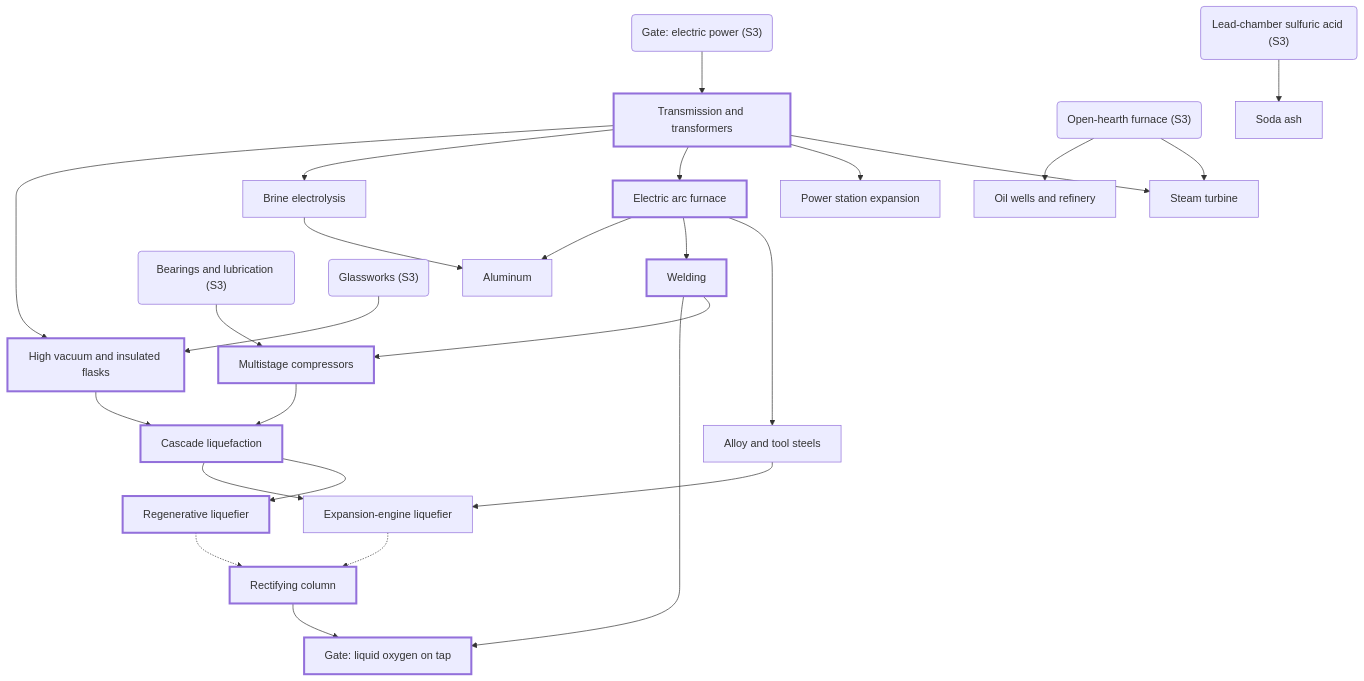
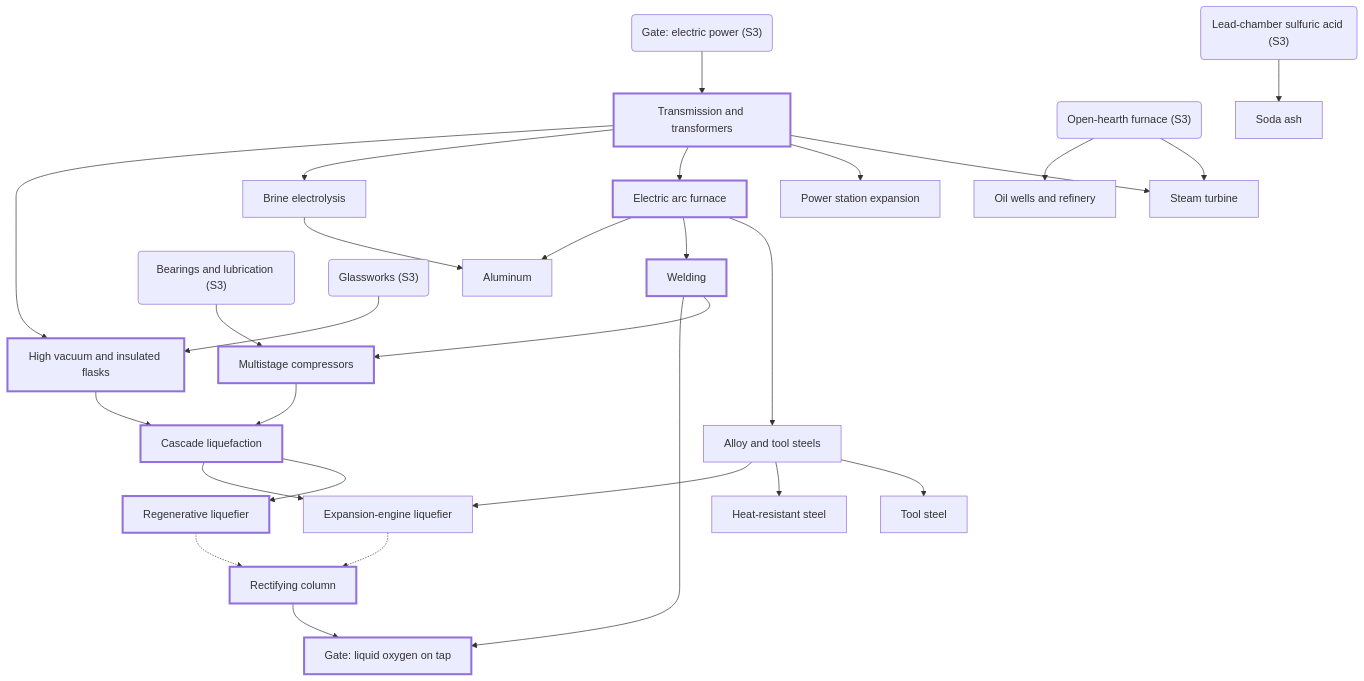
Before and after one commit to joethechickenguy/repo_for_claude: the fourth of 6 diagrams in tech-tree/generated/dependencies.md, drawn with Mermaid. The commit also changed other lines of this file and 5 other files, not shown here.

````diff
--- a/tech-tree/generated/dependencies.md
+++ b/tech-tree/generated/dependencies.md
@@ -367,52 +375,56 @@
 ```mermaid
 flowchart TD
   distribution_grid["Transmission and transformers"]
   gate_generator --> distribution_grid
   steam_turbine["Steam turbine"]
   distribution_grid --> steam_turbine
   open_hearth --> steam_turbine
   power_station_expansion["Power station expansion"]
   distribution_grid --> power_station_expansion
   arc_furnace["Electric arc furnace"]
   distribution_grid --> arc_furnace
   alloy_steels["Alloy and tool steels"]
   arc_furnace --> alloy_steels
+  tool_steel["Tool steel"]
+  alloy_steels --> tool_steel
+  heat_resistant_steel["Heat-resistant steel"]
+  alloy_steels --> heat_resistant_steel
   welding["Welding"]
   arc_furnace --> welding
   soda_ash["Soda ash"]
   sulfuric_acid --> soda_ash
   chlor_alkali["Brine electrolysis"]
   distribution_grid --> chlor_alkali
   compressors["Multistage compressors"]
   welding --> compressors
   bearings_lubrication --> compressors
   vacuum_and_dewar["High vacuum and insulated flasks"]
   glassworks --> vacuum_and_dewar
   distribution_grid --> vacuum_and_dewar
   cascade_liquefier["Cascade liquefaction"]
   compressors --> cascade_liquefier
   vacuum_and_dewar --> cascade_liquefier
   linde_liquefier["Regenerative liquefier"]
   cascade_liquefier --> linde_liquefier
   claude_expander["Expansion-engine liquefier"]
   cascade_liquefier --> claude_expander
   alloy_steels --> claude_expander
   air_separation["Rectifying column"]
   linde_liquefier -.-> air_separation
   claude_expander -.-> air_separation
   aluminum["Aluminum"]
   chlor_alkali --> aluminum
   arc_furnace --> aluminum
   oil["Oil wells and refinery"]
   open_hearth --> oil
   gate_liquid_oxygen["Gate: liquid oxygen on tap"]
   air_separation --> gate_liquid_oxygen
   welding --> gate_liquid_oxygen
   bearings_lubrication("Bearings and lubrication (S3)")
   gate_generator("Gate: electric power (S3)")
   glassworks("Glassworks (S3)")
   open_hearth("Open-hearth furnace (S3)")
   sulfuric_acid("Lead-chamber sulfuric acid (S3)")
   classDef crit stroke-width:3px
   class distribution_grid,arc_furnace,welding,compressors,vacuum_and_dewar,cascade_liquefier,linde_liquefier,air_separation,gate_liquid_oxygen crit
 ```
````
